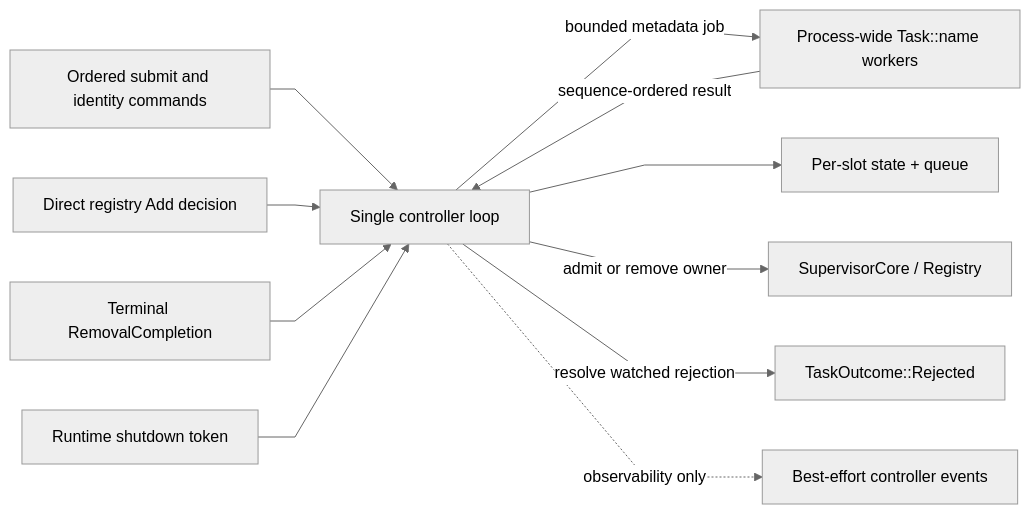
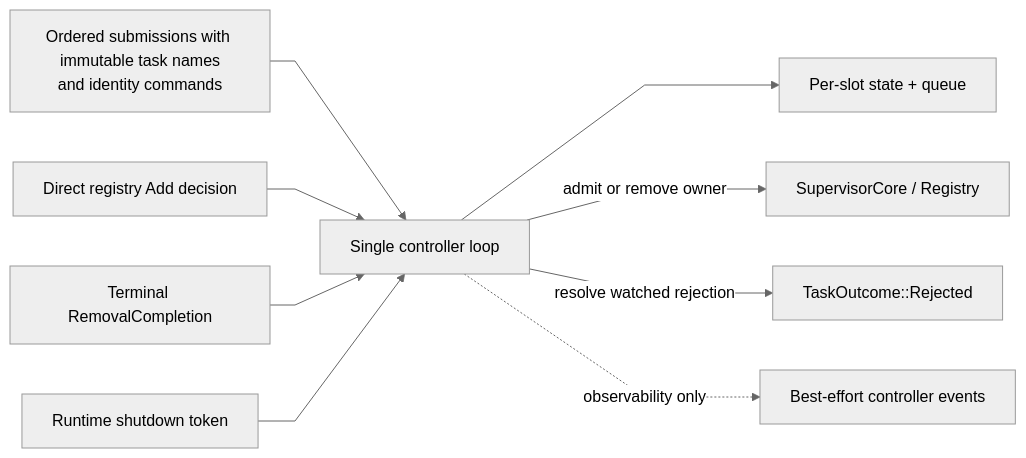
Before and after one commit to soltiHQ/taskvisor: the eighth of 10 diagrams in src/ARCHITECTURE.md, drawn with Mermaid (neutral theme). The commit also changed other lines of this file and 72 other files, not shown here.

````diff
--- a/src/ARCHITECTURE.md
+++ b/src/ARCHITECTURE.md
@@ -263,25 +263,22 @@
 ```mermaid
 %%{init: {"flowchart": {"curve": "linear"}}}%%
 flowchart LR
-    Commands["Ordered submit and identity commands"]
+    Commands["Ordered submissions with immutable task names<br/>and identity commands"]
     AddDecision["Direct registry Add decision"]
     Completion["Terminal RemovalCompletion"]
     Shutdown["Runtime shutdown token"]
-    Metadata["Process-wide Task::name workers"]
     Loop["Single controller loop"]
     Slots["Per-slot state + queue"]
     Registry["SupervisorCore / Registry"]
     Rejected["TaskOutcome::Rejected"]
     Events["Best-effort controller events"]
 
     Commands --> Loop
-    Loop -->|bounded metadata job| Metadata
-    Metadata -->|sequence-ordered result| Loop
     AddDecision --> Loop
     Completion --> Loop
     Shutdown --> Loop
     Loop --> Slots
     Loop -->|admit or remove owner| Registry
     Loop -->|resolve watched rejection| Rejected
     Loop -. observability only .-> Events
 ```
````
